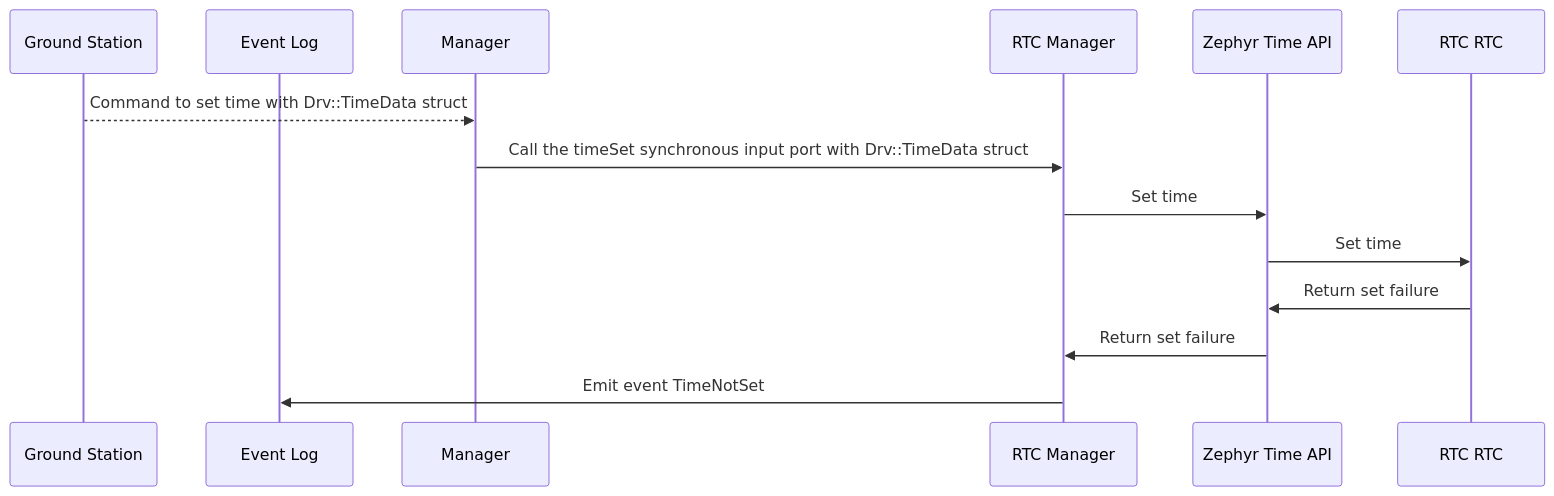
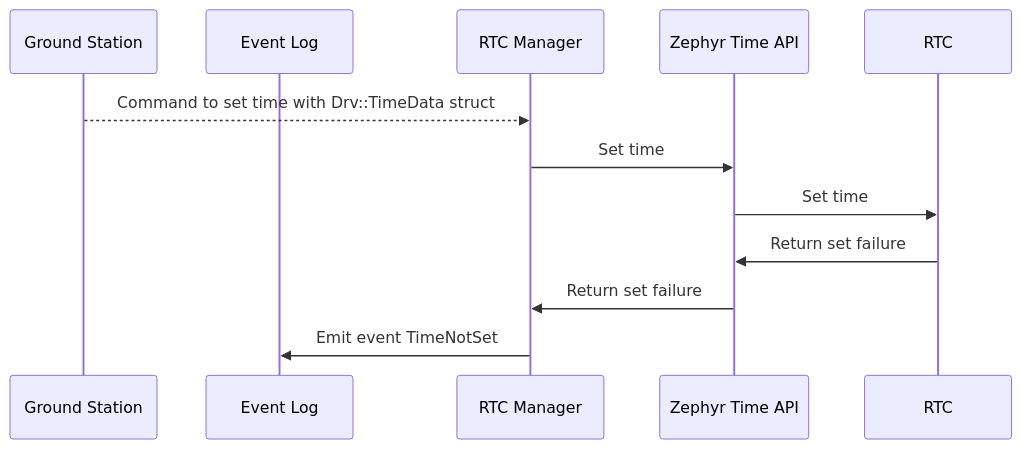
Before and after one commit to Open-Source-Space-Foundation/proves-core-reference: the sixth of 6 diagrams in FprimeZephyrReference/Components/Drv/RtcManager/docs/sdd.md, drawn with Mermaid. The commit also changed other lines of this file and 2 other files, not shown here.

Commit message:
Add command failure test

````diff
--- a/FprimeZephyrReference/Components/Drv/RtcManager/docs/sdd.md
+++ b/FprimeZephyrReference/Components/Drv/RtcManager/docs/sdd.md
@@ -184,16 +150,14 @@
 ```mermaid
 sequenceDiagram
     participant Ground Station
     participant Event Log
-    participant Manager
     participant RTC Manager
     participant Zephyr Time API
-    participant RTC RTC
-    Ground Station-->>Manager: Command to set time with Drv::TimeData struct
-    Manager->>RTC Manager: Call the timeSet synchronous input port with Drv::TimeData struct
+    participant RTC
+    Ground Station-->>RTC Manager: Command to set time with Drv::TimeData struct
     RTC Manager->>Zephyr Time API: Set time
-    Zephyr Time API->>RTC RTC: Set time
-    RTC RTC->>Zephyr Time API: Return set failure
+    Zephyr Time API->>RTC: Set time
+    RTC->>Zephyr Time API: Return set failure
     Zephyr Time API->>RTC Manager: Return set failure
     RTC Manager->>Event Log: Emit event TimeNotSet
 ```
````
